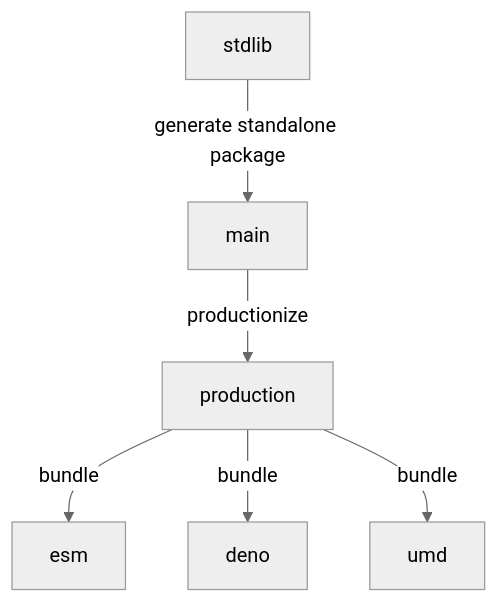
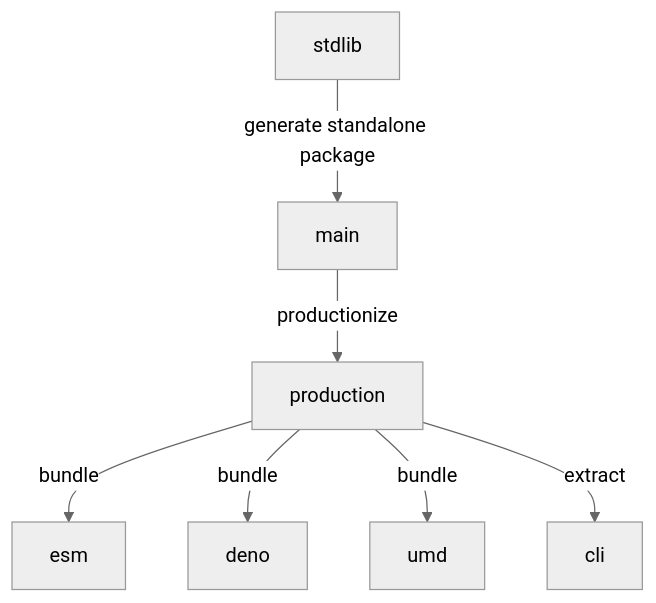
Before and after one commit to stdlib-js/datasets-pace-boston-house-prices: the diagram in branches.md, drawn with Mermaid (neutral theme). The commit also changed other lines of this file and 8 other files, not shown here.

````diff
--- a/branches.md
+++ b/branches.md
@@ -33,15 +34,17 @@
 ```mermaid
 graph TD;
 A[stdlib]-->|generate standalone package|B;
 B[main] -->|productionize| C[production];
 C -->|bundle| D[esm];
 C -->|bundle| E[deno];
 C -->|bundle| F[umd];
+C -->|extract| G[cli];
 
-click A href "https://github.com/stdlib-js/stdlib/tree/develop/lib/node_modules/%40stdlib/datasets/pace-boston-house-prices"
-click B href "https://github.com/stdlib-js/datasets-pace-boston-house-prices/tree/main"
-click C href "https://github.com/stdlib-js/datasets-pace-boston-house-prices/tree/production"
-click D href "https://github.com/stdlib-js/datasets-pace-boston-house-prices/tree/esm"
-click E href "https://github.com/stdlib-js/datasets-pace-boston-house-prices/tree/deno"
-click F href "https://github.com/stdlib-js/datasets-pace-boston-house-prices/tree/umd"
+%% click A href "https://github.com/stdlib-js/stdlib/tree/develop/lib/node_modules/%40stdlib/datasets/pace-boston-house-prices"
+%% click B href "https://github.com/stdlib-js/datasets-pace-boston-house-prices/tree/main"
+%% click C href "https://github.com/stdlib-js/datasets-pace-boston-house-prices/tree/production"
+%% click D href "https://github.com/stdlib-js/datasets-pace-boston-house-prices/tree/esm"
+%% click E href "https://github.com/stdlib-js/datasets-pace-boston-house-prices/tree/deno"
+%% click F href "https://github.com/stdlib-js/datasets-pace-boston-house-prices/tree/umd"
+%% click G href "https://github.com/stdlib-js/datasets-pace-boston-house-prices/tree/cli"
 ```
````
